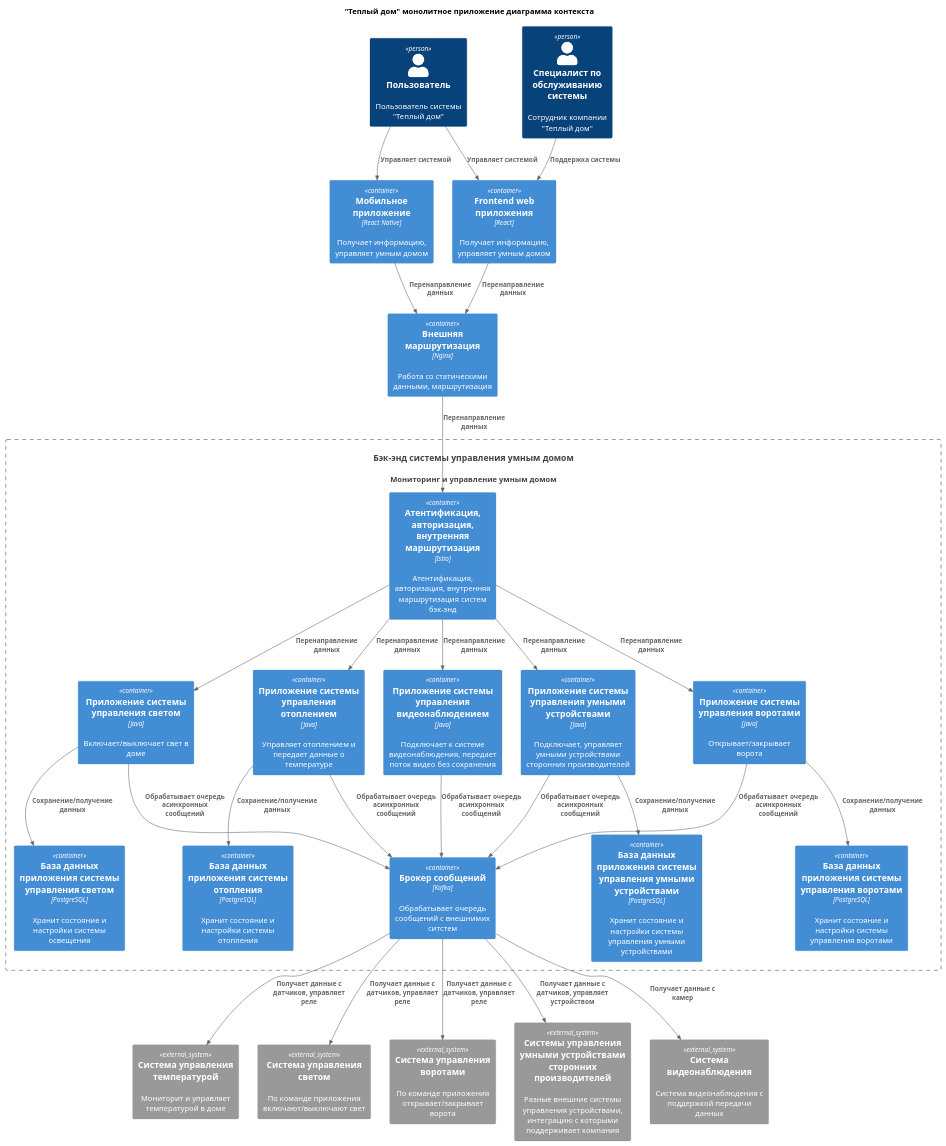
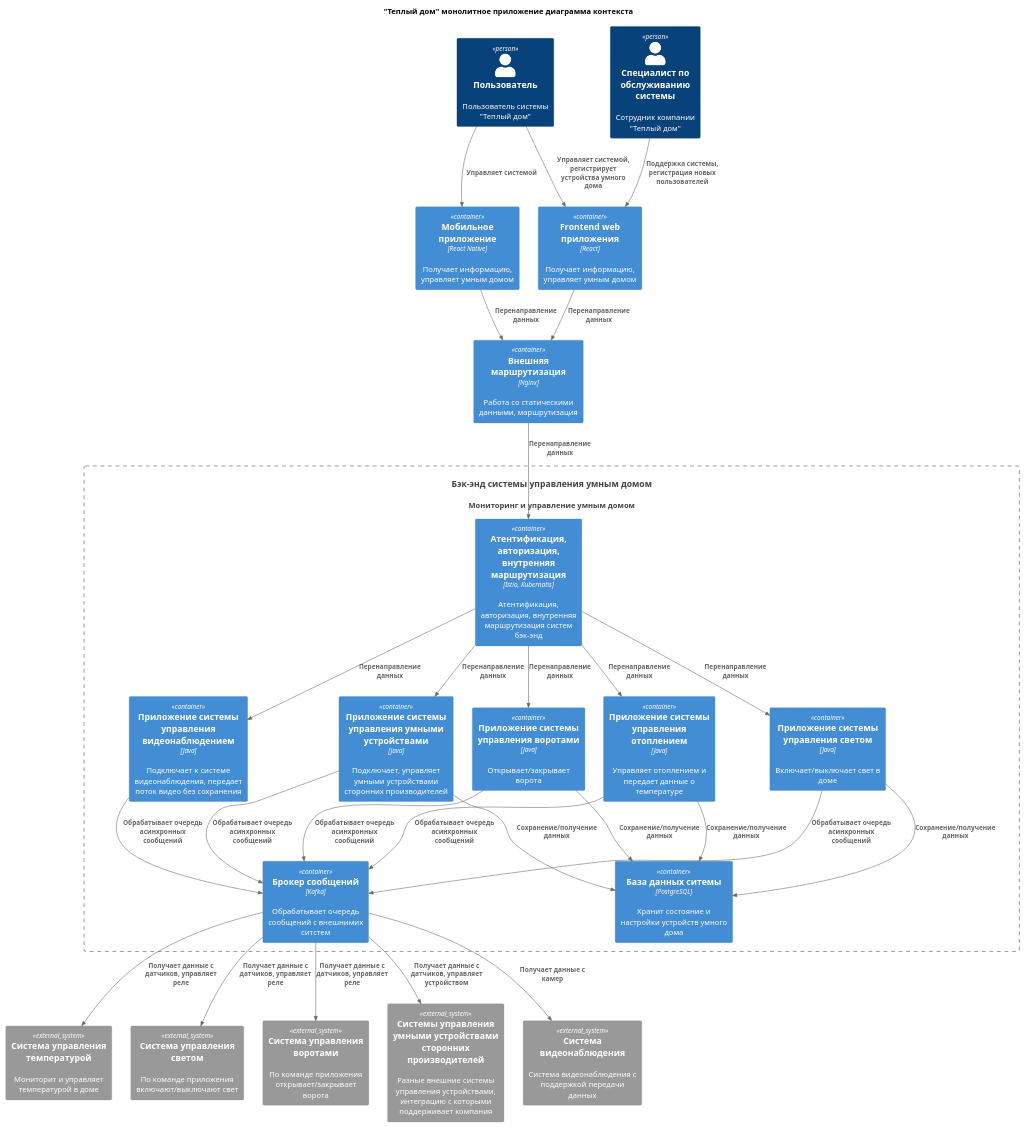
One commit to Rootman78/architecture-sprint-3 changed the diagram in task_2/task_2_container.puml. Above: the diagram before and after it, drawn with PlantUML. The commit also changed 6 other files, not shown here.

```diff
--- a/task_2/task_2_container.puml
+++ b/task_2/task_2_container.puml
@@ -1,86 +1,83 @@
 @startuml
 title "Теплый дом" монолитное приложение диаграмма контекста
 
 top to bottom direction
 
 !includeurl ./C4_Component.puml
 
 Person(user, "Пользователь", 'Пользователь системы "Теплый дом"')
 Person(admin, "Специалист по обслуживанию системы", 'Сотрудник компании "Теплый дом"')
 
 Container(MobileApp, "Мобильное приложение", "React Native", "Получает информацию, управляет умным домом")
 Container(FrontendApp, "Frontend web приложения", "React", "Получает информацию, управляет умным домом")
 Container(ExtRoutingApp, "Внешняя маршрутизация", "Nginx", "Работа со статическими данными, маршрутизация")
 
 System(ControlSystem, "Бэк-энд системы управления умным домом", "Мониторинг и управление умным домом")
 
 Container_Boundary(ControlSystem, "ControlSystem") {
-Container(IntRoutingApp, "Атентификация, авторизация, внутренняя маршрутизация", "Istio", "Атентификация, авторизация, внутренняя маршрутизация систем бэк-энд")
+Container(IntRoutingApp, "Атентификация, авторизация, внутренняя маршрутизация", "Istio, Kubernatis", "Атентификация, авторизация, внутренняя маршрутизация систем бэк-энд")
 Container(ControlTempApp, "Приложение системы управления отоплением", "Java", "Управляет отоплением и передает данные о температуре")
-Container(DatabaseTemp, "База данных приложения системы отопления", "PostgreSQL", "Хранит состояние и настройки системы отопления")
+Container(Database, "База данных ситемы", "PostgreSQL", "Хранит состояние и настройки устройств умного дома")
 
 Container(ControlLigthApp, "Приложение системы управления светом", "Java", "Включает/выключает свет в доме")
-Container(DatabaseLigth, "База данных приложения системы управления светом", "PostgreSQL", "Хранит состояние и настройки системы освещения")
 
 Container(ControlGateApp, "Приложение системы управления воротами", "Java", "Открывает/закрывает ворота")
-Container(DatabaseGate, "База данных приложения системы управления воротами", "PostgreSQL", "Хранит состояние и настройки системы управления воротами")
 
 Container(ControlDevApp, "Приложение системы управления умными устройствами", "Java", "Подключает, управляет умными устройствами сторонних производителей")
-Container(DatabaseDev, "База данных приложения системы управления умными устройствами", "PostgreSQL", "Хранит состояние и настройки системы управления умными устройствами")
 
 Container(ControlVideoApp, "Приложение системы управления видеонаблюдением", "Java", "Подключает к системе видеонаблюдения, передает поток видео без сохранения")
 
 
 
 Container(MessageBroker, "Брокер сообщений", "Kafka", "Обрабатывает очередь сообщений с внешнимих ситстем")
 }
 
 
 System_Ext(tempSensors, "Система управления температурой", "Мониторит и управляет температурой в доме")
 
 System_Ext(LigthSensors, "Система управления светом", "По команде приложения включают/выключают свет")
 
 System_Ext(GateSensors, "Система управления воротами", "По команде приложения открывает/закрывает ворота")
 
 System_Ext(DevSensors, "Системы управления умными устройствами сторонних производителей", "Разные внешние системы управления устройствами, интеграцию с которыми поддерживает компания")
 
 System_Ext(VideoSensors, "Система видеонаблюдения", "Система видеонаблюдения с поддержкой передачи данных")
 
 Rel(user, MobileApp, "Управляет системой")
-Rel(user, FrontendApp, "Управляет системой")
-Rel(admin,FrontendApp,"Поддержка системы")
+Rel(user, FrontendApp, "Управляет системой, регистрирует устройства умного дома")
+Rel(admin,FrontendApp,"Поддержка системы, регистрация новых пользователей")
 
 Rel(MobileApp, ExtRoutingApp, "Перенаправление данных")
 Rel(FrontendApp, ExtRoutingApp , "Перенаправление данных")
 Rel( ExtRoutingApp, IntRoutingApp , "Перенаправление данных")
 
 Rel(IntRoutingApp, ControlTempApp, "Перенаправление данных")
-Rel(ControlTempApp, DatabaseTemp, "Сохранение/получение данных")
+Rel(ControlTempApp, Database, "Сохранение/получение данных")
 
 Rel(IntRoutingApp, ControlLigthApp, "Перенаправление данных")
-Rel(ControlLigthApp, DatabaseLigth, "Сохранение/получение данных")
+Rel(ControlLigthApp, Database, "Сохранение/получение данных")
 
 Rel(IntRoutingApp, ControlGateApp, "Перенаправление данных")
-Rel(ControlGateApp, DatabaseGate, "Сохранение/получение данных")
+Rel(ControlGateApp, Database, "Сохранение/получение данных")
 
 Rel(IntRoutingApp, ControlDevApp, "Перенаправление данных")
-Rel(ControlDevApp, DatabaseDev, "Сохранение/получение данных")
+Rel(ControlDevApp, Database, "Сохранение/получение данных")
 
 Rel(IntRoutingApp, ControlVideoApp, "Перенаправление данных")
 
 Rel(ControlTempApp,MessageBroker,"Обрабатывает очередь асинхронных сообщений")
 Rel(MessageBroker,tempSensors,"Получает данные с датчиков, управляет реле")
 
 Rel(ControlLigthApp,MessageBroker,"Обрабатывает очередь асинхронных сообщений")
 Rel(MessageBroker,LigthSensors,"Получает данные с датчиков, управляет реле")
 
 Rel(ControlGateApp,MessageBroker,"Обрабатывает очередь асинхронных сообщений")
 Rel(MessageBroker,GateSensors,"Получает данные с датчиков, управляет реле")
 
 Rel(ControlDevApp,MessageBroker,"Обрабатывает очередь асинхронных сообщений")
 Rel(MessageBroker,DevSensors,"Получает данные с датчиков, управляет устройством")
 
 Rel(ControlVideoApp,MessageBroker,"Обрабатывает очередь асинхронных сообщений")
 Rel(MessageBroker,VideoSensors,"Получает данные с камер")
 
 @enduml
```
